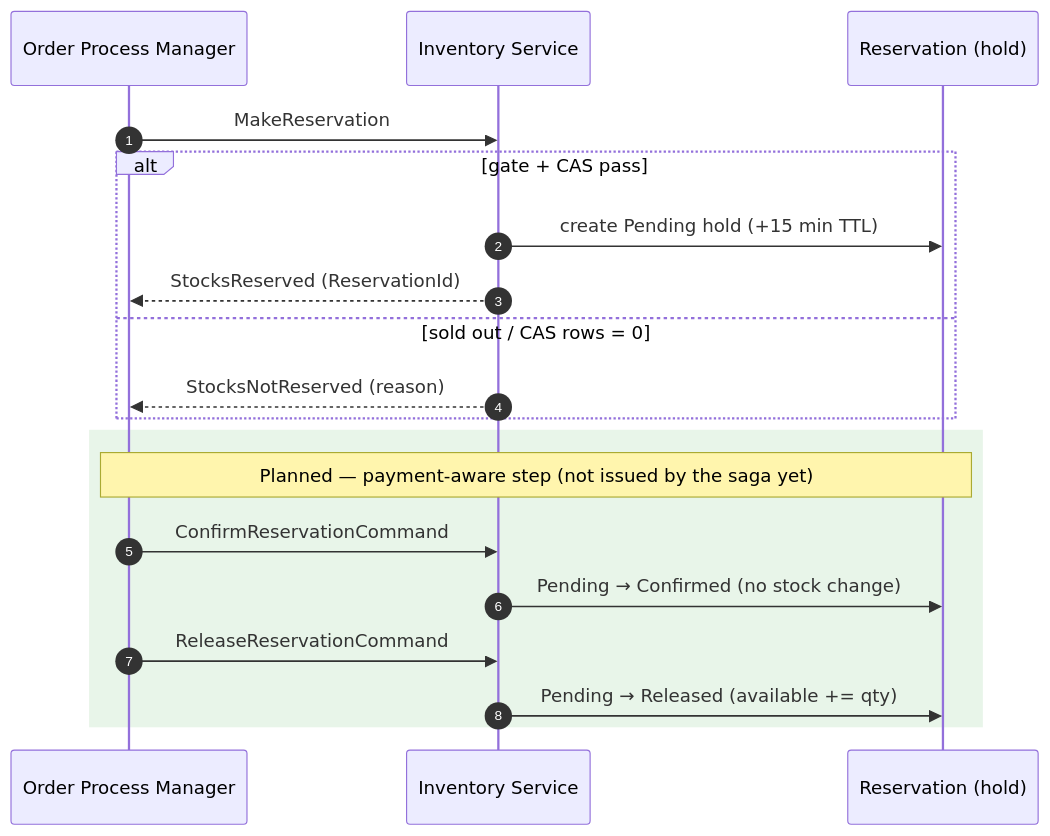
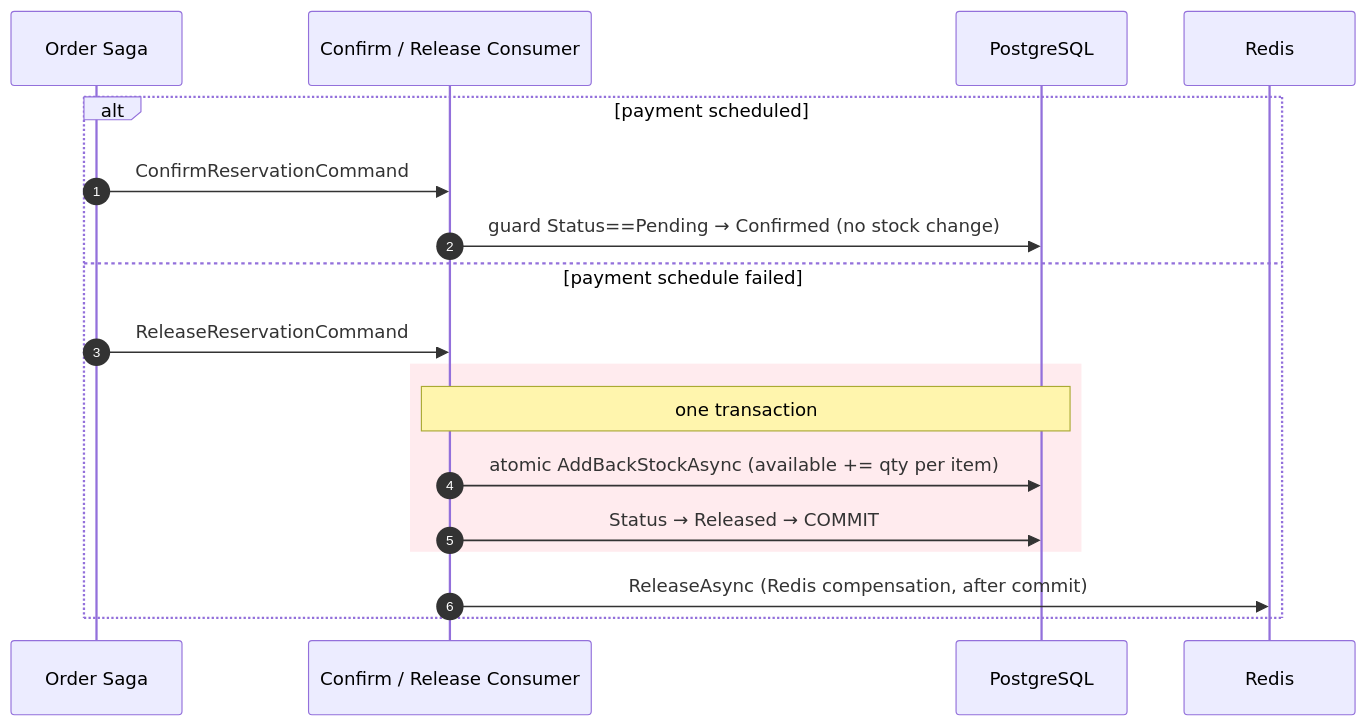
Before and after one commit to mnnam1302/EShop: diagram 13 of 13 in Inventory/src/EShop.Inventory.API/README.md, drawn with Mermaid. The commit also changed other lines of this file and 105 other files, not shown here.

First line of the commit message:
[EShop-2606] Introduce Finance service + Place-Order saga payment step (#71)

````diff
--- a/Inventory/src/EShop.Inventory.API/README.md
+++ b/Inventory/src/EShop.Inventory.API/README.md
@@ -295,23 +387,21 @@
 ```mermaid
 sequenceDiagram
     autonumber
-    participant PM  as Order Process Manager
-    participant INV as Inventory Service
-    participant HOLD as Reservation (hold)
+    participant PM as Order Saga
+    participant C  as Confirm / Release Consumer
+    participant PG as PostgreSQL
+    participant RD as Redis
 
-    PM->>INV: MakeReservation
-    alt gate + CAS pass
-        INV->>HOLD: create Pending hold (+15 min TTL)
-        INV-->>PM: StocksReserved (ReservationId)
-    else sold out / CAS rows = 0
-        INV-->>PM: StocksNotReserved (reason)
-    end
-
-    rect rgb(232,245,233)
-        Note over PM,HOLD: Planned — payment-aware step (not issued by the saga yet)
-        PM->>INV: ConfirmReservationCommand
-        INV->>HOLD: Pending → Confirmed (no stock change)
-        PM->>INV: ReleaseReservationCommand
-        INV->>HOLD: Pending → Released (available += qty)
+    alt payment scheduled
+        PM->>C: ConfirmReservationCommand
+        C->>PG: guard Status==Pending → Confirmed (no stock change)
+    else payment schedule failed
+        PM->>C: ReleaseReservationCommand
+        rect rgb(255,235,238)
+            Note over C,PG: one transaction
+            C->>PG: atomic AddBackStockAsync (available += qty per item)
+            C->>PG: Status → Released → COMMIT
+        end
+        C->>RD: ReleaseAsync (Redis compensation, after commit)
     end
 ```
````
